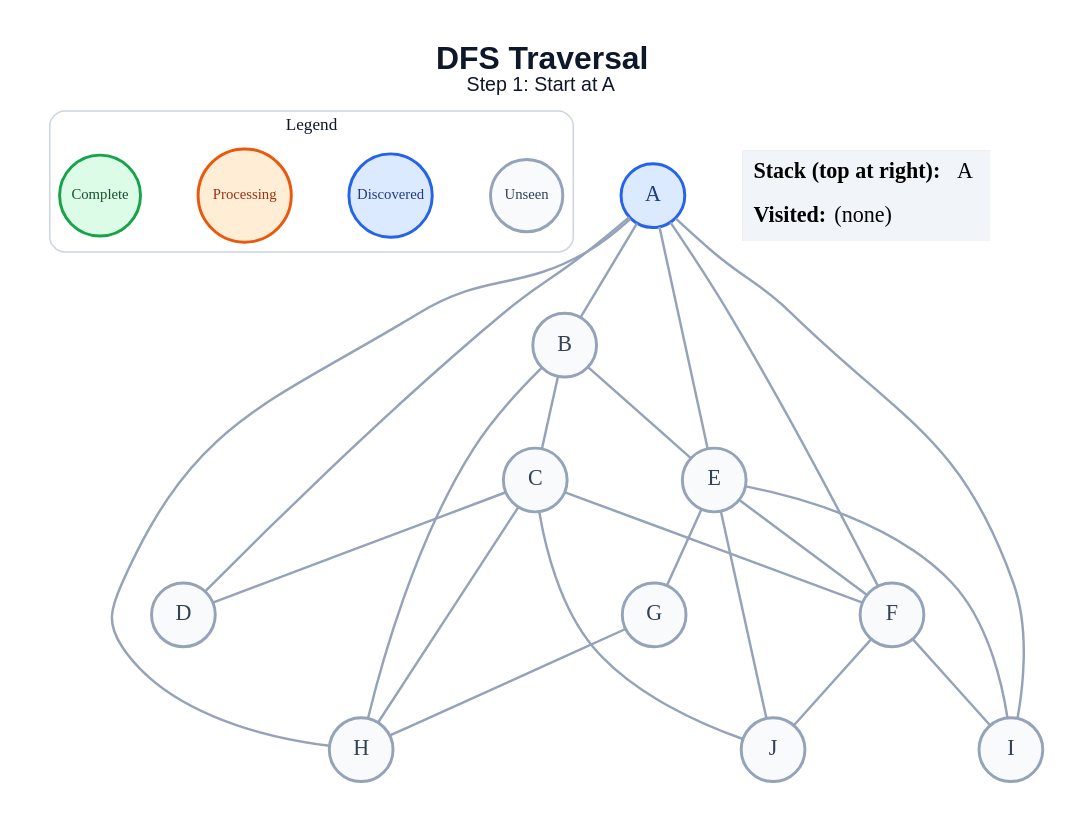
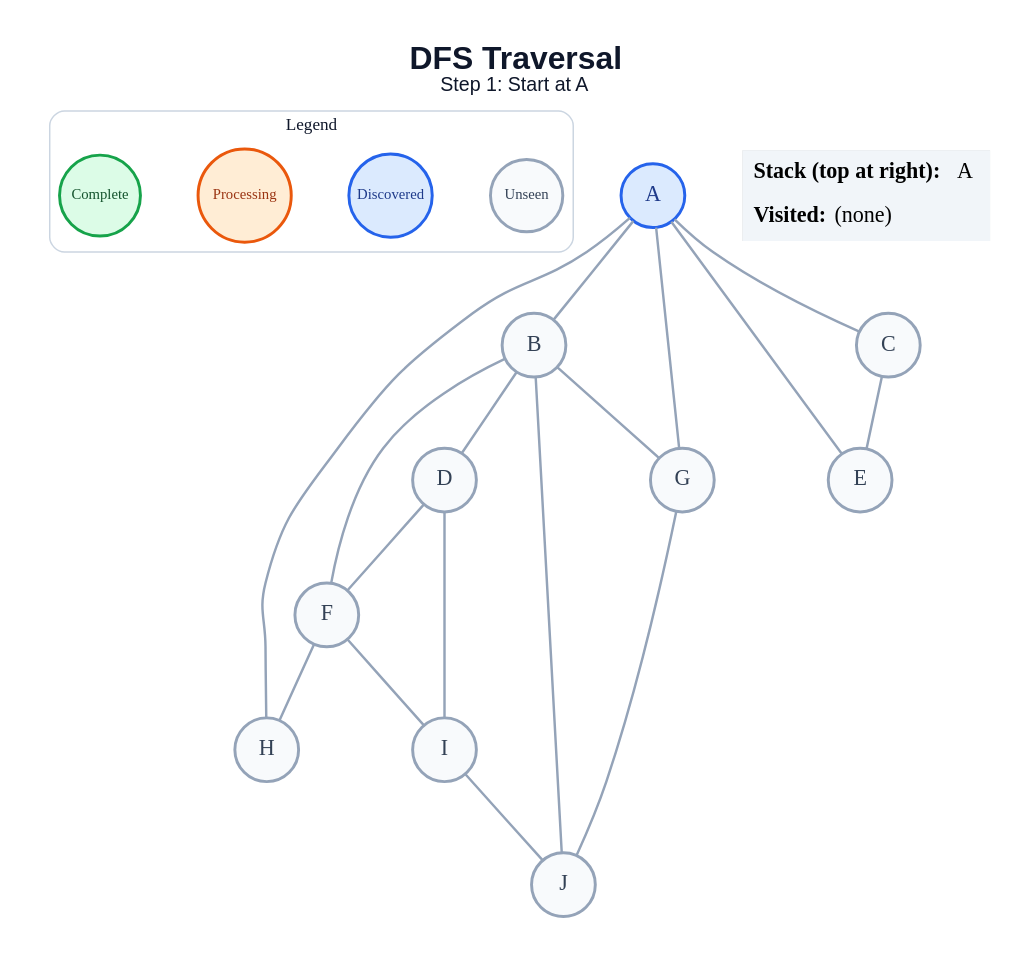
The diagram in generated/dfs/step_01.dot (amanghodawala9/ai-slop), drawn with Graphviz before and after one commit. The commit also changed 178 other files, not shown here.

```diff
--- a/generated/dfs/step_01.dot
+++ b/generated/dfs/step_01.dot
@@ -1,49 +1,45 @@
 graph traversal {
   graph [layout=dot, rankdir=TB, bgcolor="#FFFFFF", pad="0.35", nodesep="0.65", ranksep="0.8", fontname="Arial"];
   node [shape=circle, style="filled", fontname="Arial Bold", fontsize=18, width=0.72, fixedsize=true, penwidth=2.4];
   edge [color="#94A3B8", penwidth=2.0];
   label=<<B>DFS Traversal</B><BR/><FONT POINT-SIZE="16">Step 1: Start at A</FONT>>; labelloc="t"; fontsize=26; fontname="Arial"; fontcolor="#0F172A";
   subgraph cluster_legend { label="Legend"; color="#CBD5E1"; penwidth=1.2; style="rounded"; fontsize=14; fontname="Arial Bold";
     key_unseen [label="Unseen", fillcolor="#F8FAFC", color="#94A3B8", fontcolor="#334155", fontsize=12, width=0.82];
     key_frontier [label="Discovered", fillcolor="#DBEAFE", color="#2563EB", fontcolor="#1E3A8A", fontsize=12, width=0.95];
     key_current [label="Processing", fillcolor="#FFEDD5", color="#EA580C", fontcolor="#9A3412", fontsize=12, width=1.05];
     key_done [label="Complete", fillcolor="#DCFCE7", color="#16A34A", fontcolor="#14532D", fontsize=12, width=0.92];
     { rank=same; key_unseen; key_frontier; key_current; key_done; }
   }
   A [fillcolor="#DBEAFE", color="#2563EB", fontcolor="#1E3A8A"];
   B [fillcolor="#F8FAFC", color="#94A3B8", fontcolor="#334155"];
   C [fillcolor="#F8FAFC", color="#94A3B8", fontcolor="#334155"];
   D [fillcolor="#F8FAFC", color="#94A3B8", fontcolor="#334155"];
   E [fillcolor="#F8FAFC", color="#94A3B8", fontcolor="#334155"];
   F [fillcolor="#F8FAFC", color="#94A3B8", fontcolor="#334155"];
   G [fillcolor="#F8FAFC", color="#94A3B8", fontcolor="#334155"];
   H [fillcolor="#F8FAFC", color="#94A3B8", fontcolor="#334155"];
   I [fillcolor="#F8FAFC", color="#94A3B8", fontcolor="#334155"];
   J [fillcolor="#F8FAFC", color="#94A3B8", fontcolor="#334155"];
   A -- B;
-  A -- D;
+  A -- C;
   A -- E;
-  A -- F;
+  A -- G;
   A -- H;
-  A -- I;
-  B -- C;
-  B -- E;
-  B -- H;
-  C -- D;
-  C -- F;
-  C -- H;
-  C -- J;
-  E -- F;
-  E -- G;
-  E -- I;
-  E -- J;
+  B -- D;
+  B -- F;
+  B -- G;
+  B -- J;
+  C -- E;
+  D -- F;
+  D -- I;
+  F -- H;
   F -- I;
-  F -- J;
-  G -- H;
+  G -- J;
+  I -- J;
   status [shape=plain, fixedsize=false, width=0, height=0, margin=0, label=<
     <TABLE BORDER="0" CELLBORDER="0" CELLPADDING="7" BGCOLOR="#F1F5F9">
       <TR><TD ALIGN="LEFT"><B>Stack (top at right):</B> A</TD></TR>
       <TR><TD ALIGN="LEFT"><B>Visited:</B> (none)</TD></TR>
     </TABLE>
   >];
 }
```
